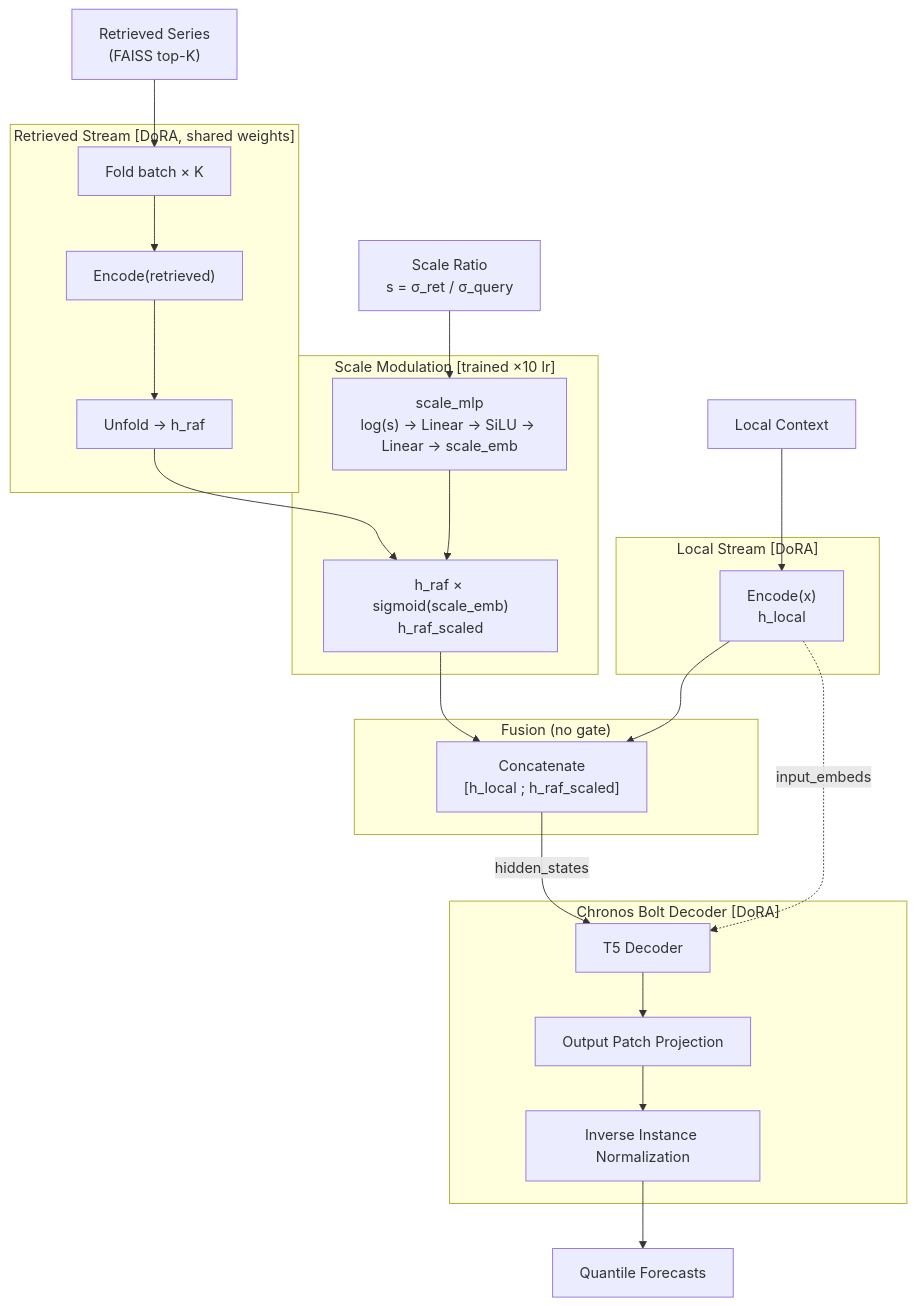
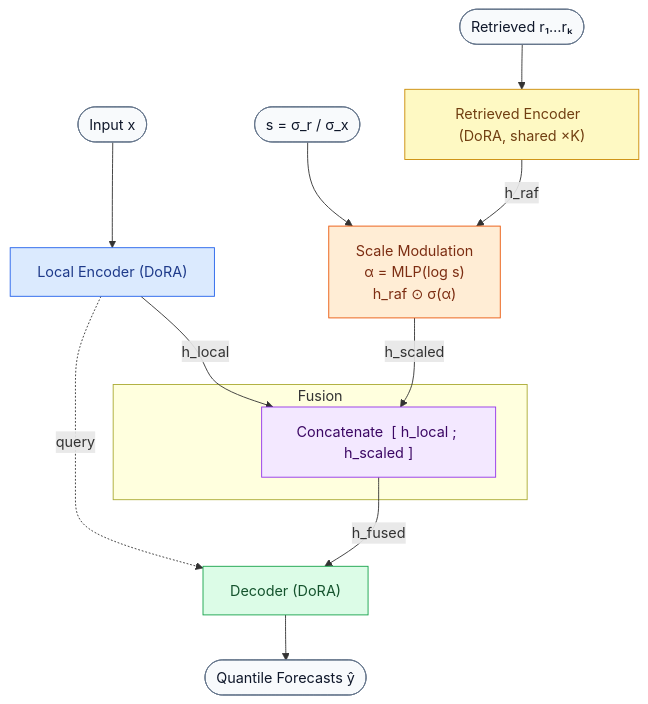
Before and after one commit to dmainf/JIMA_datacomp2025: the diagram in chronos_predict+Multi_scaleMLP/architecture.mmd, drawn with Mermaid. The commit also changed 7 other files, not shown here.

Commit message:
modify mermaid

```diff
--- a/chronos_predict+Multi_scaleMLP/architecture.mmd
+++ b/chronos_predict+Multi_scaleMLP/architecture.mmd
@@ -1,38 +1,38 @@
 flowchart TB
-    ctx["Local Context"]
-    ret["Retrieved Series\n(FAISS top-K)"]
-    sratio["Scale Ratio\ns = σ_ret / σ_query"]
+    classDef io    fill:#f8fafc,stroke:#64748b,color:#0f172a
+    classDef lenc  fill:#dbeafe,stroke:#2563eb,color:#1e3a8a
+    classDef renc  fill:#fef9c3,stroke:#ca8a04,color:#713f12
+    classDef scale fill:#ffedd5,stroke:#ea580c,color:#7c2d12
+    classDef fuse  fill:#f3e8ff,stroke:#9333ea,color:#3b0764
+    classDef dec   fill:#dcfce7,stroke:#16a34a,color:#14532d
 
-    subgraph LENC["Local Stream  [DoRA]"]
-        enc_l["Encode(x)\nh_local"]
+    x(["Input  x"])
+    r(["Retrieved  r₁…rₖ"])
+    s(["s = σ_r / σ_x"])
+
+    enc_l["Local Encoder  (DoRA)"]
+    enc_r["Retrieved Encoder  (DoRA, shared ×K)"]
+    scale["Scale Modulation\nα = MLP(log s)\nh_raf ⊙ σ(α)"]
+
+    subgraph FUSE["Fusion"]
+        cat["Concatenate  [ h_local ; h_scaled ]"]
     end
 
-    subgraph RENC["Retrieved Stream  [DoRA, shared weights]"]
-        fold["Fold batch × K"]
-        enc_r["Encode(retrieved)"]
-        unfold["Unfold → h_raf"]
-    end
+    dec["Decoder  (DoRA)"]
 
-    subgraph SCALE["Scale Modulation  [trained ×10 lr]"]
-        smlp["scale_mlp\nlog(s) → Linear → SiLU → Linear → scale_emb"]
-        smul["h_raf × sigmoid(scale_emb)\nh_raf_scaled"]
-    end
+    x     --> enc_l
+    r     --> enc_r
+    enc_r -- "h_raf"    --> scale
+    s     -->              scale
+    enc_l -- "h_local"  --> cat
+    scale -- "h_scaled" --> cat
+    cat   -- "h_fused"  --> dec
+    enc_l -. "query"    .-> dec
+    dec   --> y(["Quantile Forecasts  ŷ"])
 
-    subgraph FUSE["Fusion  (no gate)"]
-        concat["Concatenate\n[h_local ; h_raf_scaled]"]
-    end
-
-    subgraph DEC["Chronos Bolt Decoder  [DoRA]"]
-        t5dec["T5 Decoder"]
-        outproj["Output Patch Projection"]
-        invnorm["Inverse Instance Normalization"]
-    end
-
-    ctx --> enc_l
-    ret --> fold --> enc_r --> unfold --> smul
-    sratio --> smlp --> smul
-    smul --> concat
-    enc_l --> concat
-    concat -- "hidden_states" --> t5dec
-    enc_l -. "input_embeds" .-> t5dec
-    t5dec --> outproj --> invnorm --> out["Quantile Forecasts"]
+    class x,r,s,y io
+    class enc_l lenc
+    class enc_r renc
+    class scale scale
+    class cat fuse
+    class dec dec
```
